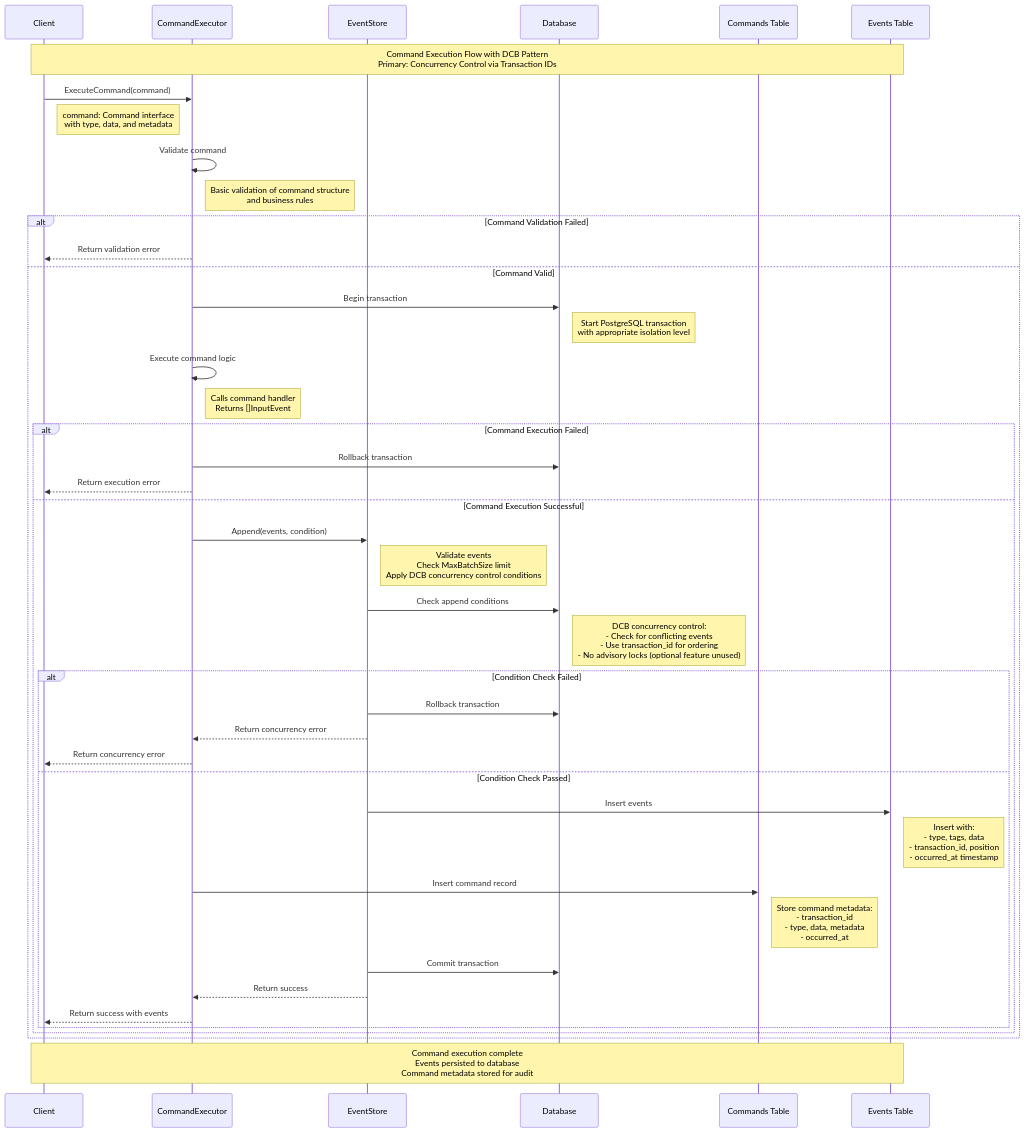
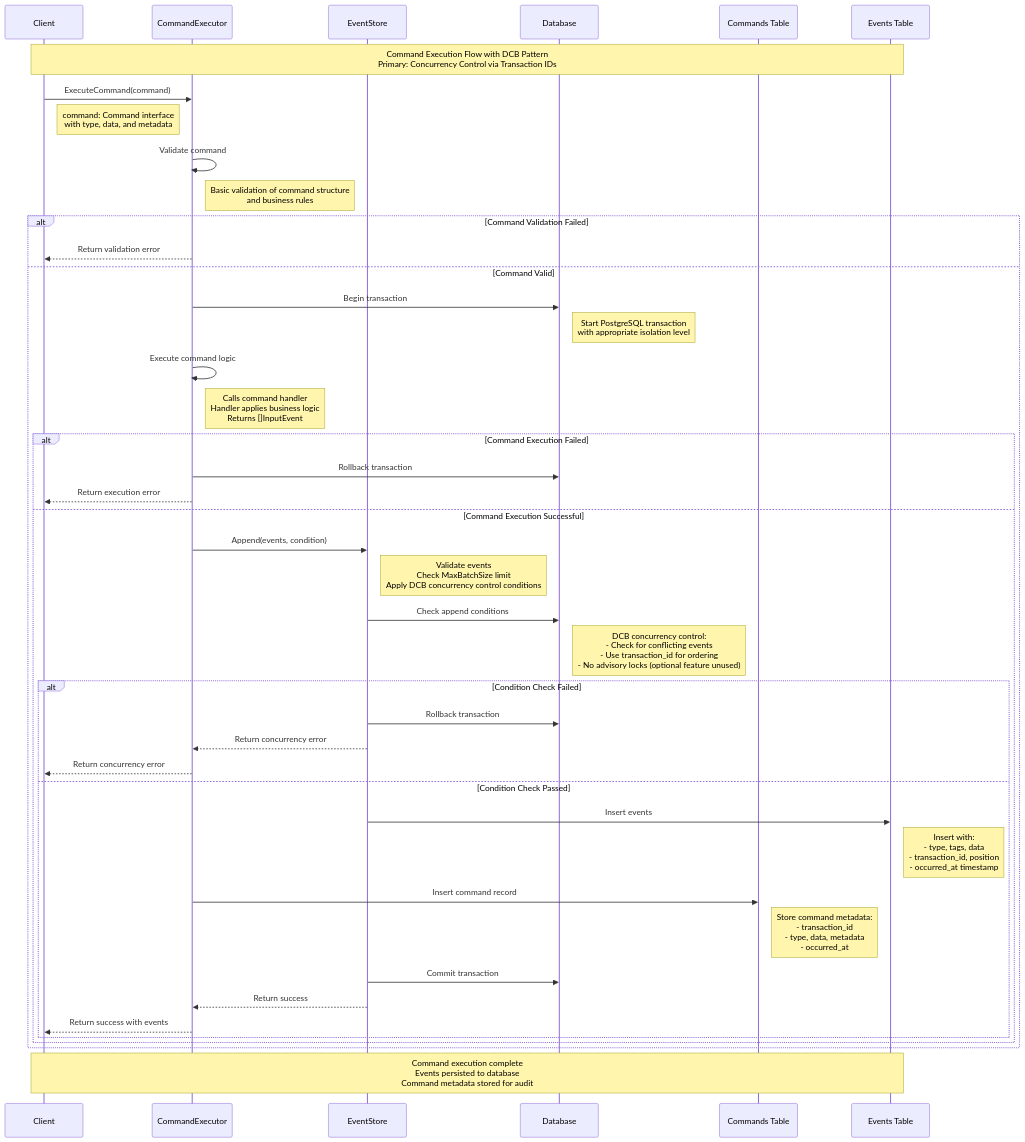
Before and after one commit to rodolfodpk/go-crablet: the diagram in docs/command-execution-flow.md, drawn with Mermaid. The commit also changed other lines of this file and 1 other file, not shown here.

Commit message:
Fix misleading 'Convert commands to events' language in documentation
- Replace 'Convert commands to events' with 'Execute command handlers to generate events'
- Clarify that command handlers apply business logic to decide what events to create
- Emphasize there is no automatic conversion - it's a deliberate business decision
- Update sequence diagram notes and flow descriptions
- Fix similar language in overview.md

The command handler is where business logic lives and decides what events to create.
There's no automatic conversion - it's a deliberate business decision.

````diff
--- a/docs/command-execution-flow.md
+++ b/docs/command-execution-flow.md
@@ -7,57 +7,57 @@
 ```mermaid
 sequenceDiagram
     participant Client
     participant CommandExecutor
     participant EventStore
     participant Database
     participant Commands Table
     participant Events Table
 
     Note over Client, Events Table: Command Execution Flow with DCB Pattern<br/>Primary: Concurrency Control via Transaction IDs
 
     Client->>CommandExecutor: ExecuteCommand(command)
     Note right of Client: command: Command interface<br/>with type, data, and metadata
 
     CommandExecutor->>CommandExecutor: Validate command
     Note right of CommandExecutor: Basic validation of command structure<br/>and business rules
 
     alt Command Validation Failed
         CommandExecutor-->>Client: Return validation error
     else Command Valid
         CommandExecutor->>Database: Begin transaction
         Note right of Database: Start PostgreSQL transaction<br/>with appropriate isolation level
 
-        CommandExecutor->>CommandExecutor: Execute command logic
-        Note right of CommandExecutor: Calls command handler<br/>Returns []InputEvent
+            CommandExecutor->>CommandExecutor: Execute command logic
+    Note right of CommandExecutor: Calls command handler<br/>Handler applies business logic<br/>Returns []InputEvent
 
-        alt Command Execution Failed
-            CommandExecutor->>Database: Rollback transaction
-            CommandExecutor-->>Client: Return execution error
-        else Command Execution Successful
-            CommandExecutor->>EventStore: Append(events, condition)
-            Note right of EventStore: Validate events<br/>Check MaxBatchSize limit<br/>Apply DCB concurrency control conditions
+    alt Command Execution Failed
+        CommandExecutor->>Database: Rollback transaction
+        CommandExecutor-->>Client: Return execution error
+    else Command Execution Successful
+        CommandExecutor->>EventStore: Append(events, condition)
+        Note right of EventStore: Validate events<br/>Check MaxBatchSize limit<br/>Apply DCB concurrency control conditions
 
             EventStore->>Database: Check append conditions
             Note right of Database: DCB concurrency control:<br/>- Check for conflicting events<br/>- Use transaction_id for ordering<br/>- No advisory locks (optional feature unused)
 
             alt Condition Check Failed
                 EventStore->>Database: Rollback transaction
                 EventStore-->>CommandExecutor: Return concurrency error
                 CommandExecutor-->>Client: Return concurrency error
             else Condition Check Passed
                 EventStore->>Events Table: Insert events
                 Note right of Events Table: Insert with:<br/>- type, tags, data<br/>- transaction_id, position<br/>- occurred_at timestamp
 
                 CommandExecutor->>Commands Table: Insert command record
                 Note right of Commands Table: Store command metadata:<br/>- transaction_id<br/>- type, data, metadata<br/>- occurred_at
 
                 EventStore->>Database: Commit transaction
                 EventStore-->>CommandExecutor: Return success
 
                 CommandExecutor-->>Client: Return success with events
             end
         end
     end
 
     Note over Client, Events Table: Command execution complete<br/>Events persisted to database<br/>Command metadata stored for audit
 ```
````
